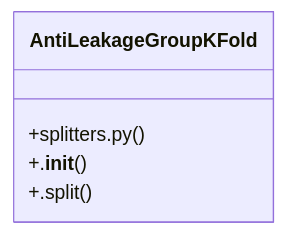
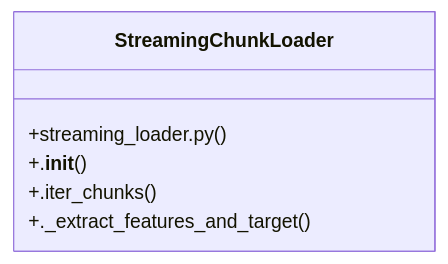
One commit to FY72X9/is_ai-vuln changed the diagram in graphify-out/wiki/Community_1.md. Above: the diagram before and after it, drawn with Mermaid. The commit also changed other lines of this file and 66 other files, not shown here.

Commit message:
docs: generate project knowledge graph and wiki documentation

````diff
--- a/graphify-out/wiki/Community_1.md
+++ b/graphify-out/wiki/Community_1.md
@@ -36,8 +36,9 @@
 ```mermaid
 classDiagram
-    class AntiLeakageGroupKFold {
-        +splitters.py()
+    class StreamingChunkLoader {
+        +streaming_loader.py()
         +.__init__()
-        +.split()
+        +.iter_chunks()
+        +._extract_features_and_target()
     }
 ```
````
